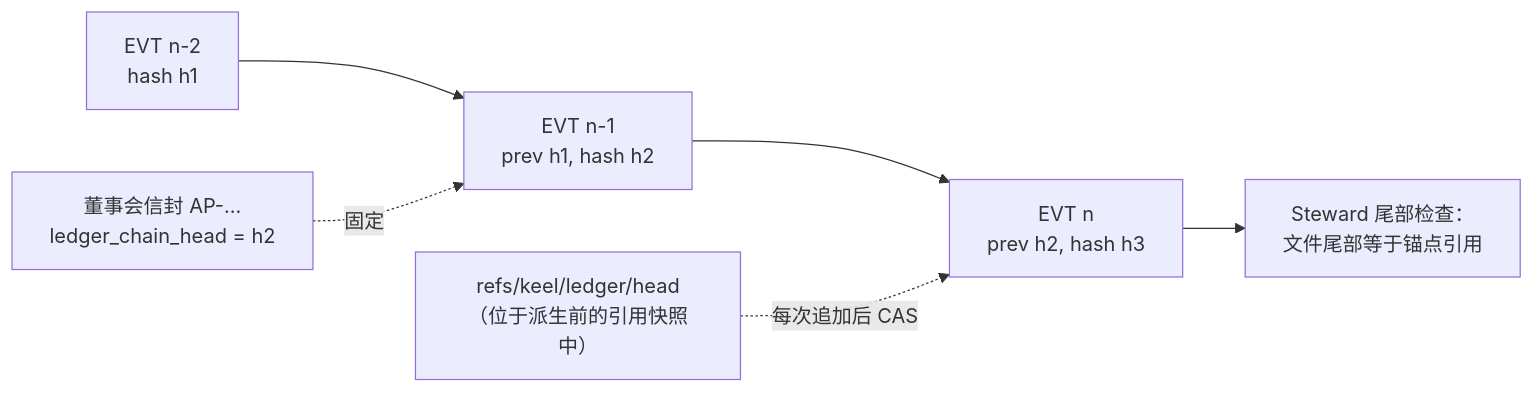
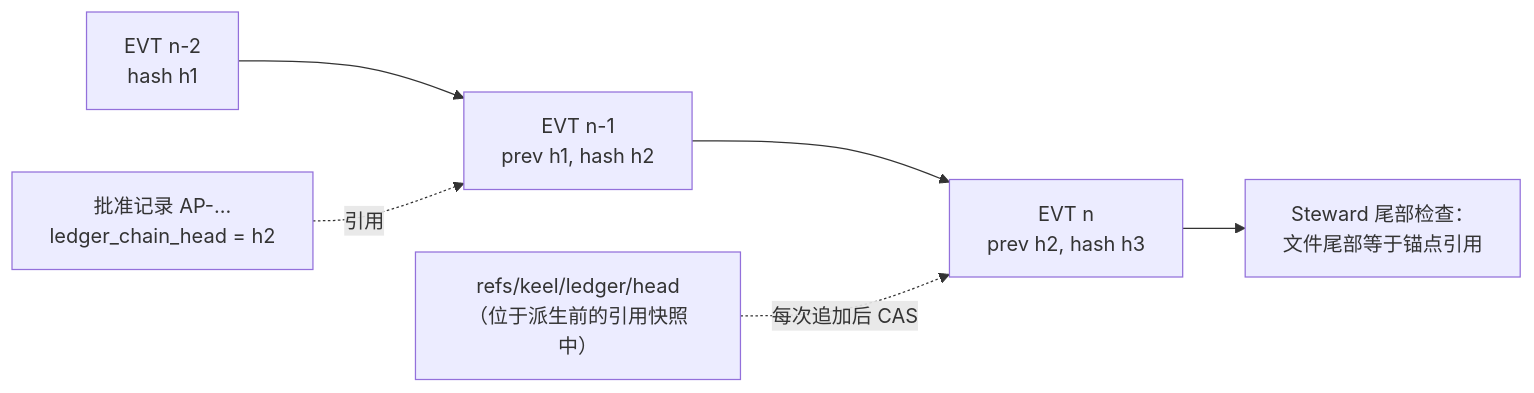
The second of 2 diagrams in docs/14-trust-security.zh-CN.md (Qither/keel), drawn with Mermaid before and after one commit. The commit also changed other lines of this file and 130 other files, not shown here.

````diff
--- a/docs/14-trust-security.zh-CN.md
+++ b/docs/14-trust-security.zh-CN.md
@@ -219,7 +191,7 @@
 ```mermaid
 flowchart LR
   e1["EVT n-2<br/>hash h1"] --> e2["EVT n-1<br/>prev h1, hash h2"] --> e3["EVT n<br/>prev h2, hash h3"]
-  ap["董事会信封 AP-...<br/>ledger_chain_head = h2"] -.->|"固定"| e2
+  ap["批准记录 AP-...<br/>ledger_chain_head = h2"] -.->|"引用"| e2
   e3 --> tail["Steward 尾部检查：<br/>文件尾部等于锚点引用"]
   anchor["refs/keel/ledger/head<br/>（位于派生前的引用快照中）"] -.->|"每次追加后 CAS"| e3
 ```
````
